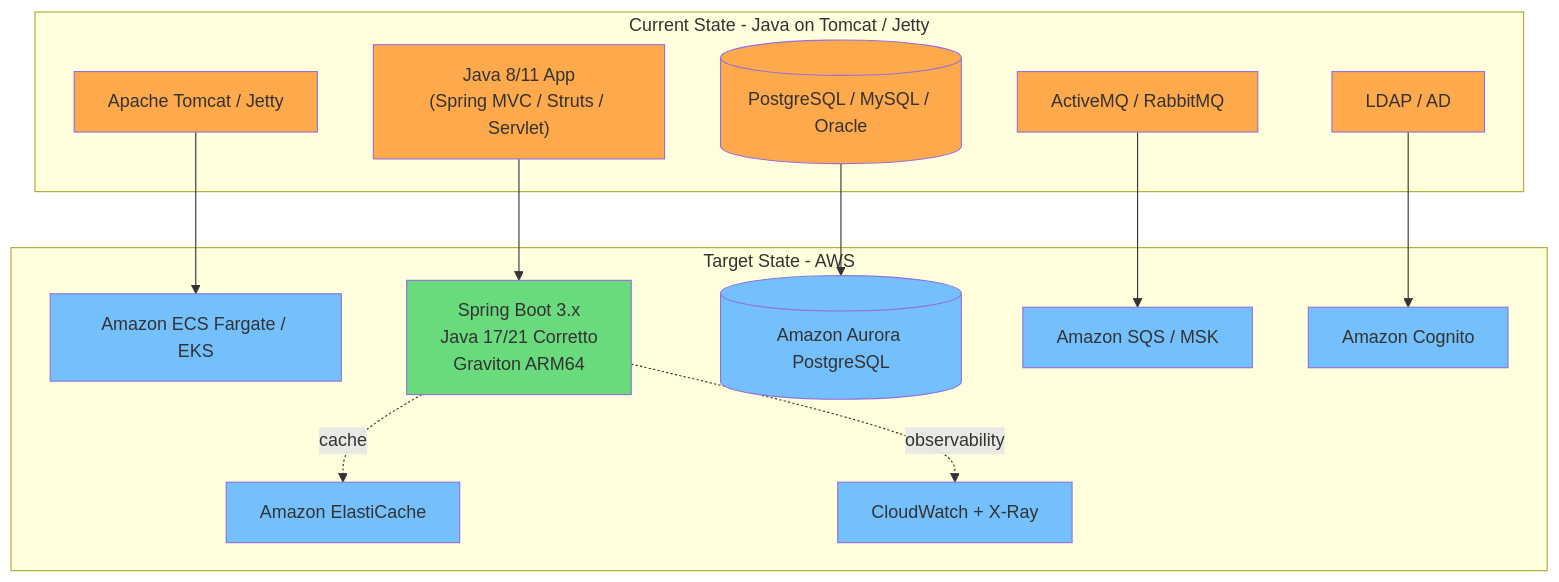
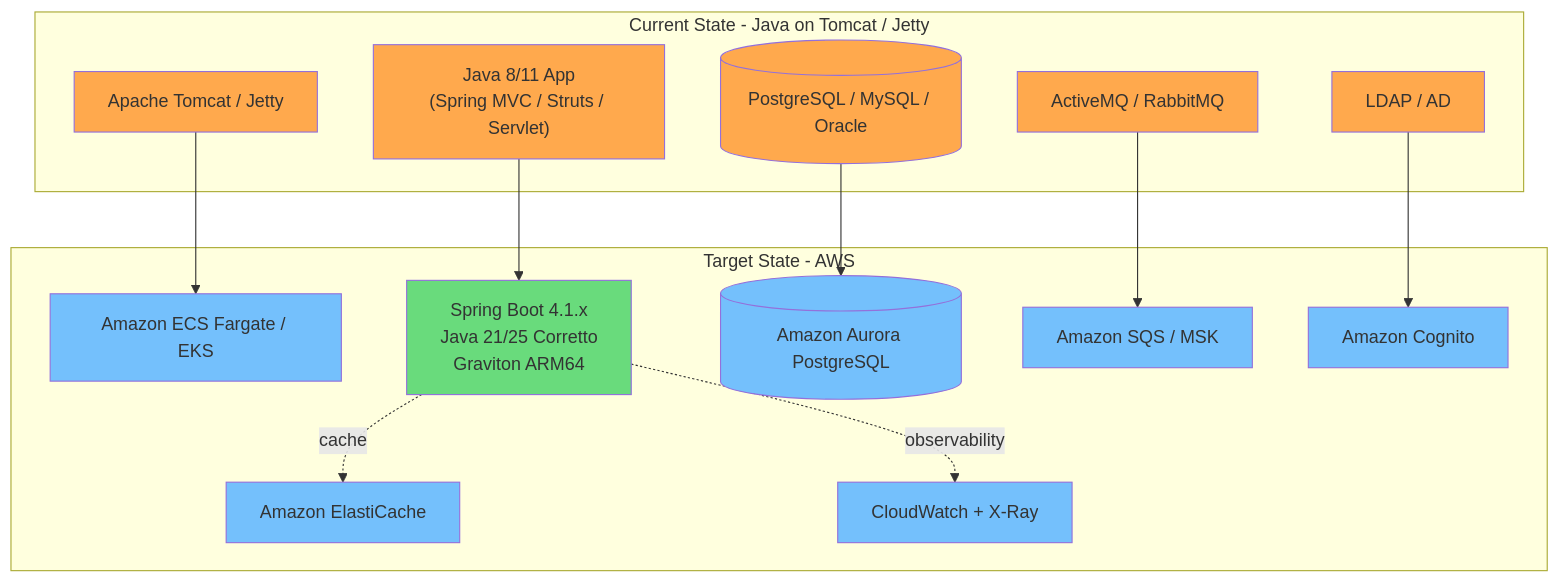
Before and after one commit to davidcslau/enterprise-modernization-analyzer: the fourth of 4 diagrams in steering/java-to-springboot.md, drawn with Mermaid. The commit also changed other lines of this file and 7 other files, not shown here.

First line of the commit message:
feat: Java/J2EE depth for a Spring Boot 4.1 target

````diff
--- a/steering/java-to-springboot.md
+++ b/steering/java-to-springboot.md
@@ -1602,41 +1685,41 @@
 ```mermaid
 graph TB
     subgraph Current["Current State - Java on Tomcat / Jetty"]
         Tomcat[Apache Tomcat / Jetty]
         JavaApp["Java 8/11 App<br/>(Spring MVC / Struts / Servlet)"]
         DB1[(PostgreSQL / MySQL / Oracle)]
         MQ1[ActiveMQ / RabbitMQ]
         LDAP1[LDAP / AD]
     end
 
     subgraph Target["Target State - AWS"]
         ECS[Amazon ECS Fargate / EKS]
-        SB["Spring Boot 3.x<br/>Java 17/21 Corretto<br/>Graviton ARM64"]
+        SB["Spring Boot 4.1.x<br/>Java 21/25 Corretto<br/>Graviton ARM64"]
         RDS[(Amazon Aurora PostgreSQL)]
         SQS[Amazon SQS / MSK]
         COG[Amazon Cognito]
         REDIS[Amazon ElastiCache]
         CW[CloudWatch + X-Ray]
     end
 
     Tomcat --> ECS
     JavaApp --> SB
     DB1 --> RDS
     MQ1 --> SQS
     LDAP1 --> COG
     SB -.observability.-> CW
     SB -.cache.-> REDIS
 
     style Tomcat fill:#ffa94d
     style JavaApp fill:#ffa94d
     style DB1 fill:#ffa94d
     style MQ1 fill:#ffa94d
     style LDAP1 fill:#ffa94d
     style ECS fill:#74c0fc
     style SB fill:#69db7c
     style RDS fill:#74c0fc
     style SQS fill:#74c0fc
     style COG fill:#74c0fc
     style REDIS fill:#74c0fc
     style CW fill:#74c0fc
 ```
````
